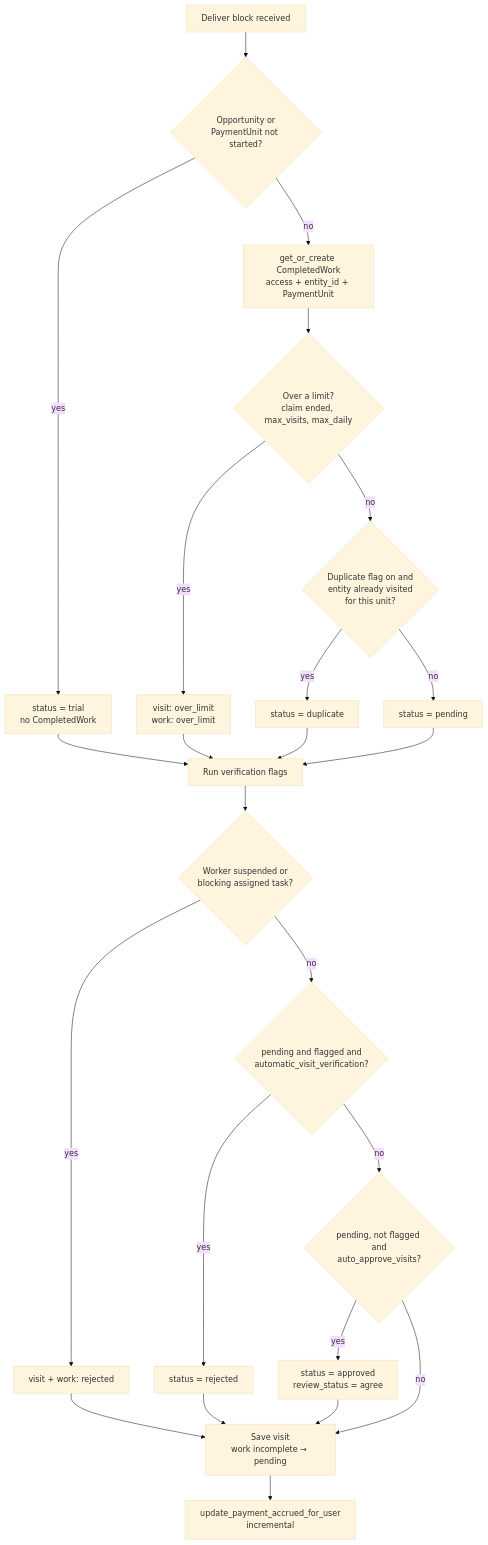
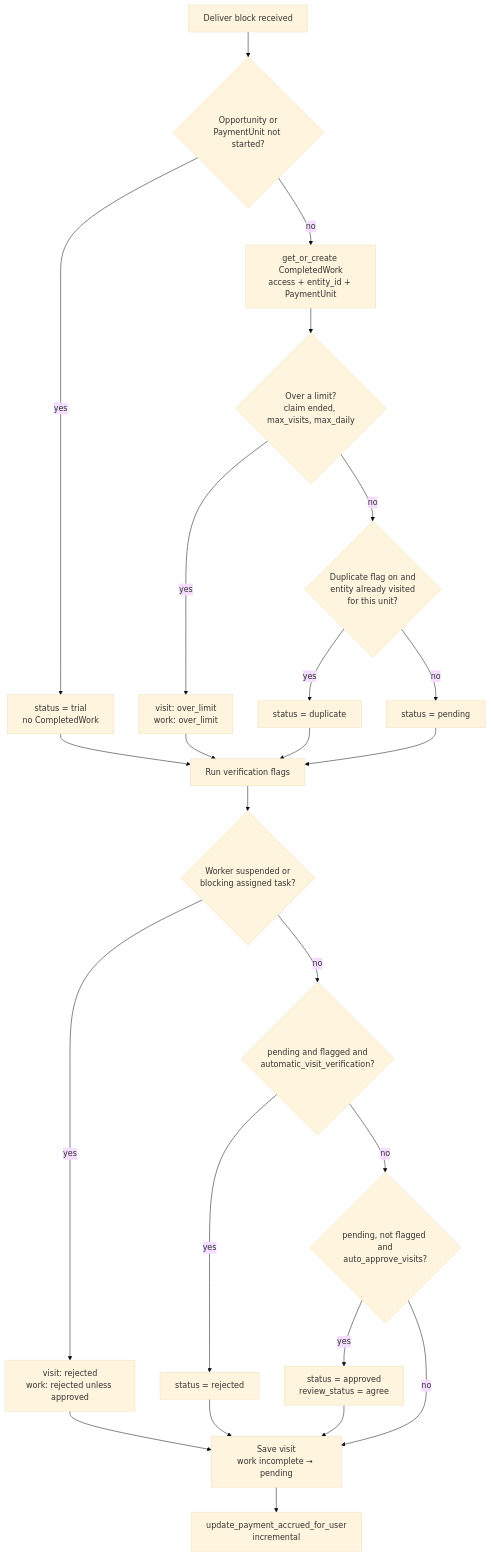
Before and after one commit to dimagi/commcare-connect: the third of 8 diagrams in commcare_connect/opportunity/PAYMENTS.md, drawn with Mermaid (base theme). The commit also changed other lines of this file and 4 other files, not shown here.

First line of the commit message:
fix: keep approved CompletedWork approved when a visit is rejected

````diff
--- a/commcare_connect/opportunity/PAYMENTS.md
+++ b/commcare_connect/opportunity/PAYMENTS.md
@@ -103,26 +103,26 @@
 ```mermaid
 flowchart TD
     A[Deliver block received] --> B{Opportunity or<br/>PaymentUnit not started?}
     B -->|yes| T[status = trial<br/>no CompletedWork]
     B -->|no| C[get_or_create CompletedWork<br/>access + entity_id + PaymentUnit]
     C --> D{Over a limit?<br/>claim ended, max_visits, max_daily}
     D -->|yes| OL[visit: over_limit<br/>work: over_limit]
     D -->|no| E{Duplicate flag on and<br/>entity already visited<br/>for this unit?}
     E -->|yes| DUP[status = duplicate]
     E -->|no| P[status = pending]
     T --> FL
     OL --> FL
     DUP --> FL
     P --> FL[Run verification flags]
     FL --> S{Worker suspended or<br/>blocking assigned task?}
-    S -->|yes| R[visit + work: rejected]
+    S -->|yes| R[visit: rejected<br/>work: rejected unless approved]
     S -->|no| AV{pending and flagged and<br/>automatic_visit_verification?}
     AV -->|yes| R2[status = rejected]
     AV -->|no| AA{pending, not flagged and<br/>auto_approve_visits?}
     AA -->|yes| AP[status = approved<br/>review_status = agree]
     AA -->|no| SV
     R --> SV
     R2 --> SV
     AP --> SV[Save visit<br/>work incomplete → pending]
     SV --> ACC[update_payment_accrued_for_user<br/>incremental]
 ```
````
